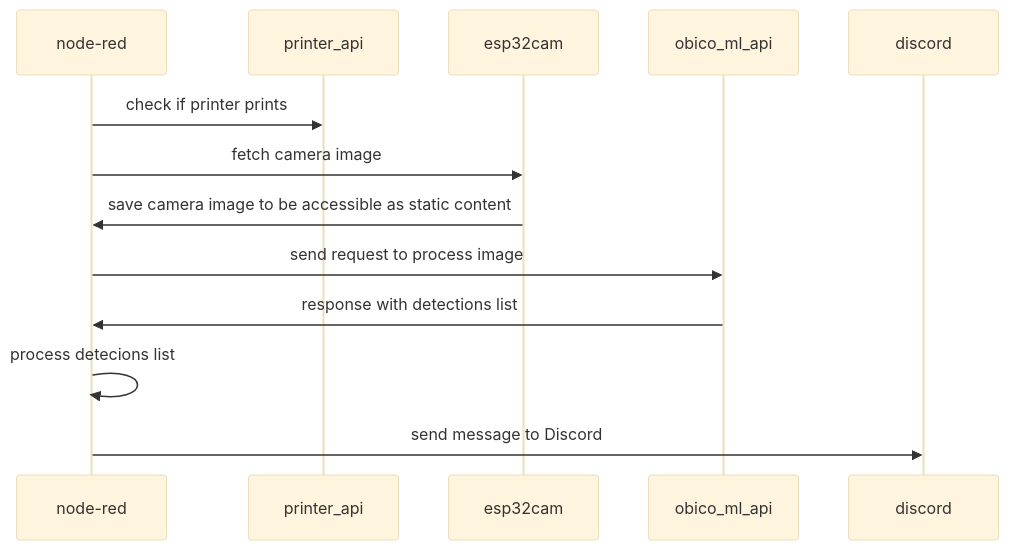
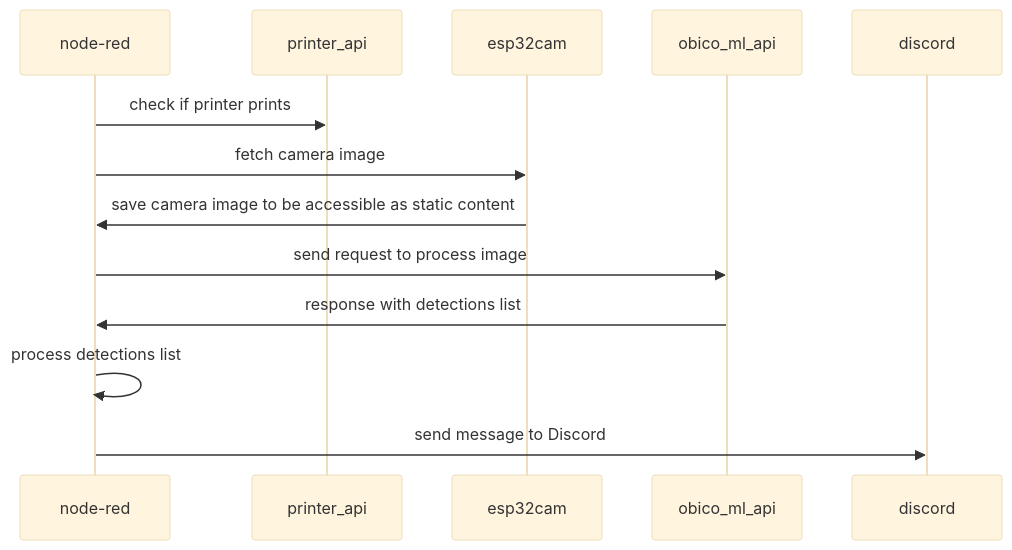
One commit to nvtkaszpir/3d-print changed the diagram in obico-ml-api-only/README.md. Above: the diagram before and after it, drawn with Mermaid (base theme). The commit also changed other lines of this file and 3 other files, not shown here.

````diff
--- a/obico-ml-api-only/README.md
+++ b/obico-ml-api-only/README.md
@@ -85,11 +108,11 @@
 ```mermaid
 sequenceDiagram
     node-red->>printer_api: check if printer prints
     node-red->>esp32cam: fetch camera image
     esp32cam->>node-red: save camera image to be accessible as static content
     node-red->>obico_ml_api: send request to process image
     obico_ml_api->>node-red: response with detections list
-    node-red->>node-red: process detecions list
+    node-red->>node-red: process detections list
     node-red->>discord: send message to Discord
 
 ```
````
